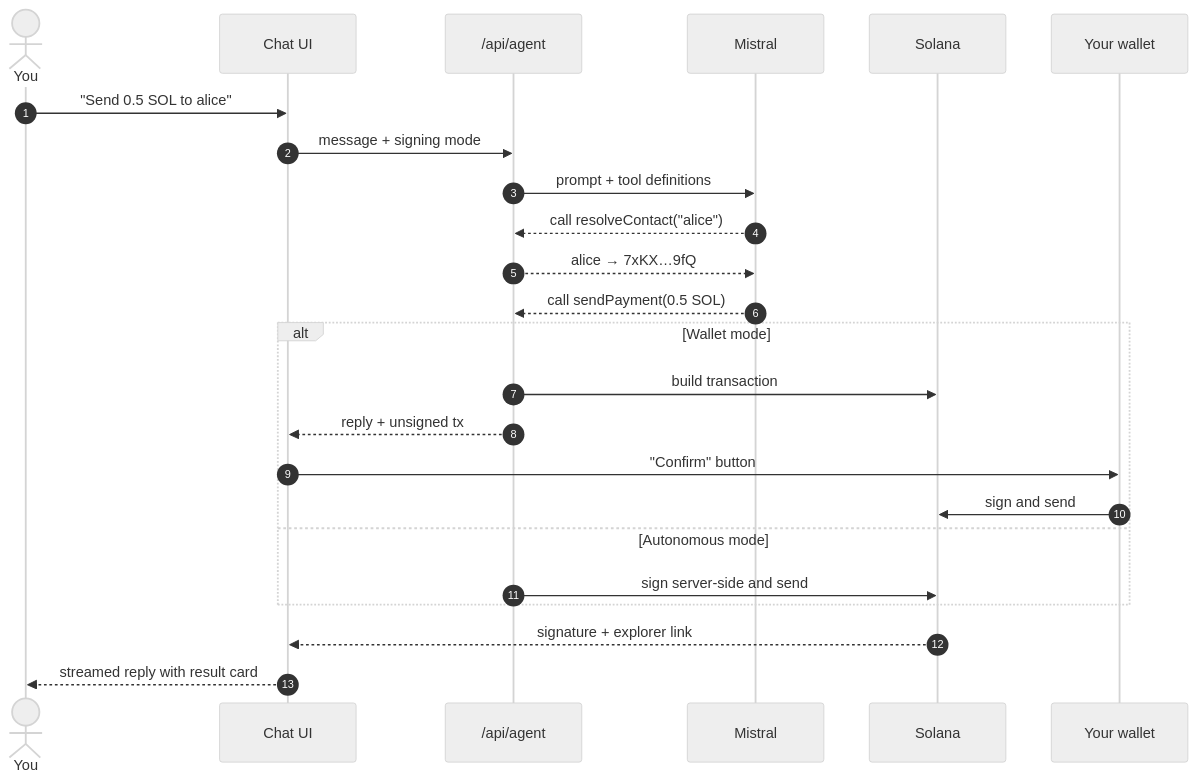
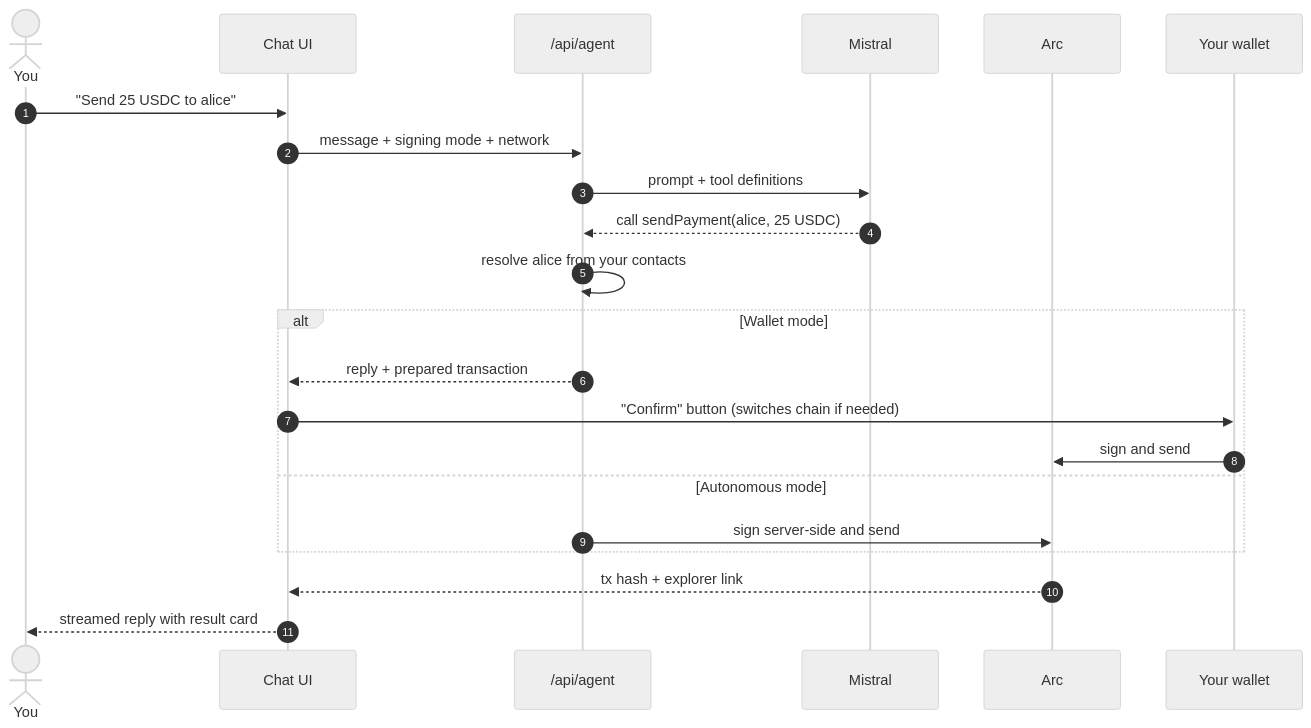
The second of 4 diagrams in README.md (Spydiecy/Astrax_Arc), drawn with Mermaid (neutral theme) before and after one commit. The commit also changed other lines of this file and 52 other files, not shown here.

````diff
--- a/README.md
+++ b/README.md
@@ -130,27 +158,25 @@
 ```mermaid
 sequenceDiagram
     autonumber
     actor U as You
     participant C as Chat UI
     participant A as /api/agent
     participant M as Mistral
-    participant S as Solana
+    participant S as Arc
     participant W as Your wallet
 
-    U->>C: "Send 0.5 SOL to alice"
-    C->>A: message + signing mode
+    U->>C: "Send 25 USDC to alice"
+    C->>A: message + signing mode + network
     A->>M: prompt + tool definitions
-    M-->>A: call resolveContact("alice")
-    A-->>M: alice → 7xKX…9fQ
-    M-->>A: call sendPayment(0.5 SOL)
+    M-->>A: call sendPayment(alice, 25 USDC)
+    A->>A: resolve alice from your contacts
     alt Wallet mode
-        A->>S: build transaction
-        A-->>C: reply + unsigned tx
-        C->>W: "Confirm" button
+        A-->>C: reply + prepared transaction
+        C->>W: "Confirm" button (switches chain if needed)
         W->>S: sign and send
     else Autonomous mode
         A->>S: sign server-side and send
     end
-    S-->>C: signature + explorer link
+    S-->>C: tx hash + explorer link
     C-->>U: streamed reply with result card
 ```
````
